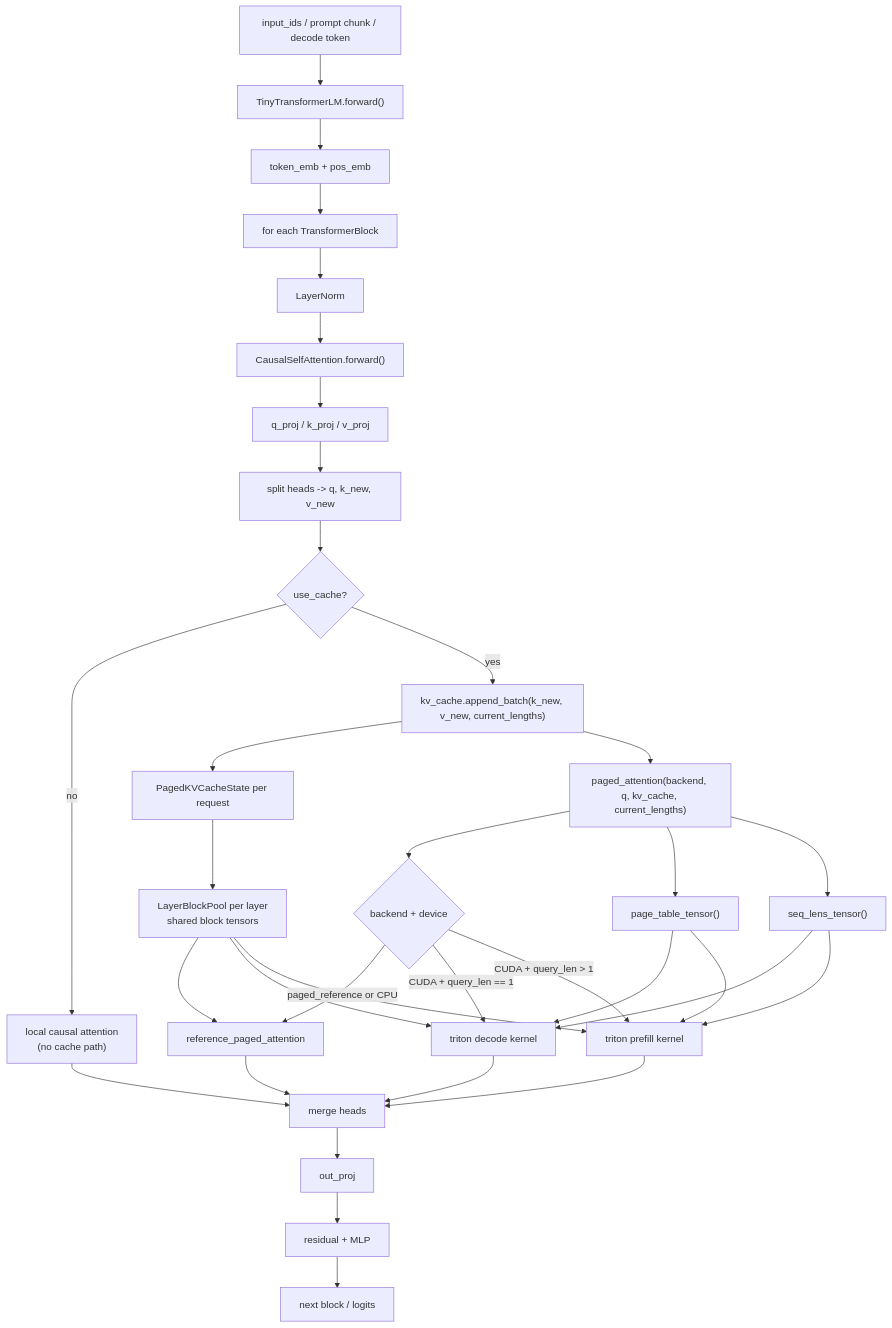
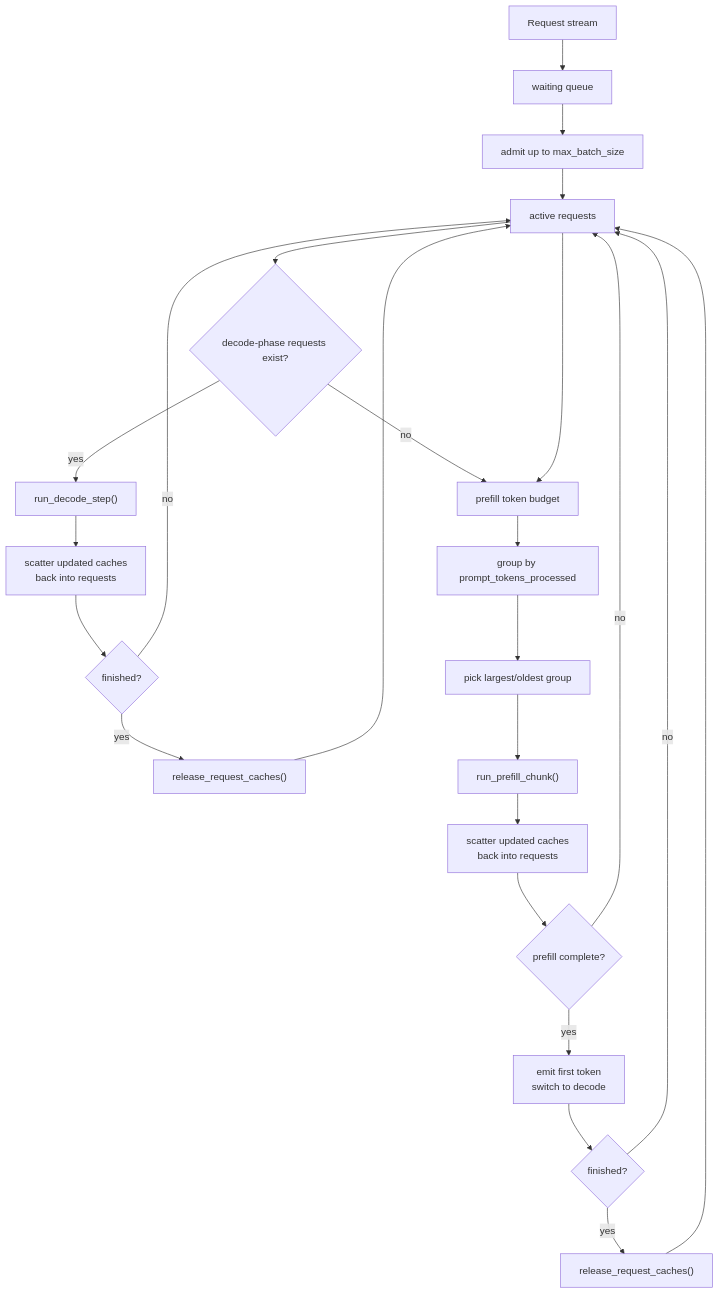
The third of 8 diagrams in diagram_preview.md (jacobzhang22/efficient-inference-system), drawn with Mermaid before and after one commit. The commit also changed other lines of this file, not shown here.

Commit message:
new diagrams

````diff
--- a/diagram_preview.md
+++ b/diagram_preview.md
@@ -98,47 +65,31 @@
 ```mermaid
 flowchart TD
-  Input["input_ids / prompt chunk / decode token"] --> LM["TinyTransformerLM.forward()"]
+  Stream["Request stream"] --> WaitQ["waiting queue"]
+  WaitQ --> Admit["admit up to max_batch_size"]
+  Admit --> Active["active requests"]
 
-  LM --> Pos["token_emb + pos_emb"]
-  Pos --> Blocks["for each TransformerBlock"]
+  Active --> CheckDecode{"decode-phase requests exist?"}
 
-  Blocks --> LN1["LayerNorm"]
-  LN1 --> Attn["CausalSelfAttention.forward()"]
+  CheckDecode -- yes --> Decode["run_decode_step()"]
+  Decode --> ScatterD["scatter updated caches\nback into requests"]
+  ScatterD --> DoneD{"finished?"}
+  DoneD -- yes --> ReleaseD["release_request_caches()"]
+  DoneD -- no --> Active
 
-  Attn --> QKV["q_proj / k_proj / v_proj"]
-  QKV --> Split["split heads -> q, k_new, v_new"]
+  CheckDecode -- no --> Budget["prefill token budget"]
+  ReleaseD --> Active
+  Active --> Budget
 
-  Split --> CacheMode{"use_cache?"}
-  CacheMode -- no --> DensePath["local causal attention\n(no cache path)"]
-  CacheMode -- yes --> Append["kv_cache.append_batch(k_new, v_new, current_lengths)"]
+  Budget --> Group["group by prompt_tokens_processed"]
+  Group --> Pick["pick largest/oldest group"]
+  Pick --> Prefill["run_prefill_chunk()"]
+  Prefill --> ScatterP["scatter updated caches\nback into requests"]
+  ScatterP --> DoneP{"prefill complete?"}
+  DoneP -- no --> Active
+  DoneP -- yes --> First["emit first token\nswitch to decode"]
+  First --> FinishP{"finished?"}
+  FinishP -- yes --> ReleaseP["release_request_caches()"]
+  FinishP -- no --> Active
 
-  Append --> PageState["PagedKVCacheState per request"]
-  PageState --> Pool["LayerBlockPool per layer\nshared block tensors"]
-
-  Append --> Dispatch["paged_attention(backend, q, kv_cache, current_lengths)"]
-
-  Dispatch --> Backend{"backend + device"}
-  Backend -- "paged_reference or CPU" --> Ref["reference_paged_attention"]
-  Backend -- "CUDA + query_len == 1" --> TriDec["triton decode kernel"]
-  Backend -- "CUDA + query_len > 1" --> TriPre["triton prefill kernel"]
-
-  Dispatch --> PageTable["page_table_tensor()"]
-  Dispatch --> SeqLens["seq_lens_tensor()"]
-
-  PageTable --> TriDec
-  PageTable --> TriPre
-  SeqLens --> TriDec
-  SeqLens --> TriPre
-  Pool --> Ref
-  Pool --> TriDec
-  Pool --> TriPre
-
-  Ref --> Merge["merge heads"]
-  TriDec --> Merge
-  TriPre --> Merge
-  DensePath --> Merge
-
-  Merge --> OutProj["out_proj"]
-  OutProj --> Residual["residual + MLP"]
-  Residual --> Next["next block / logits"]
+  ReleaseP --> Active
 ```
````
